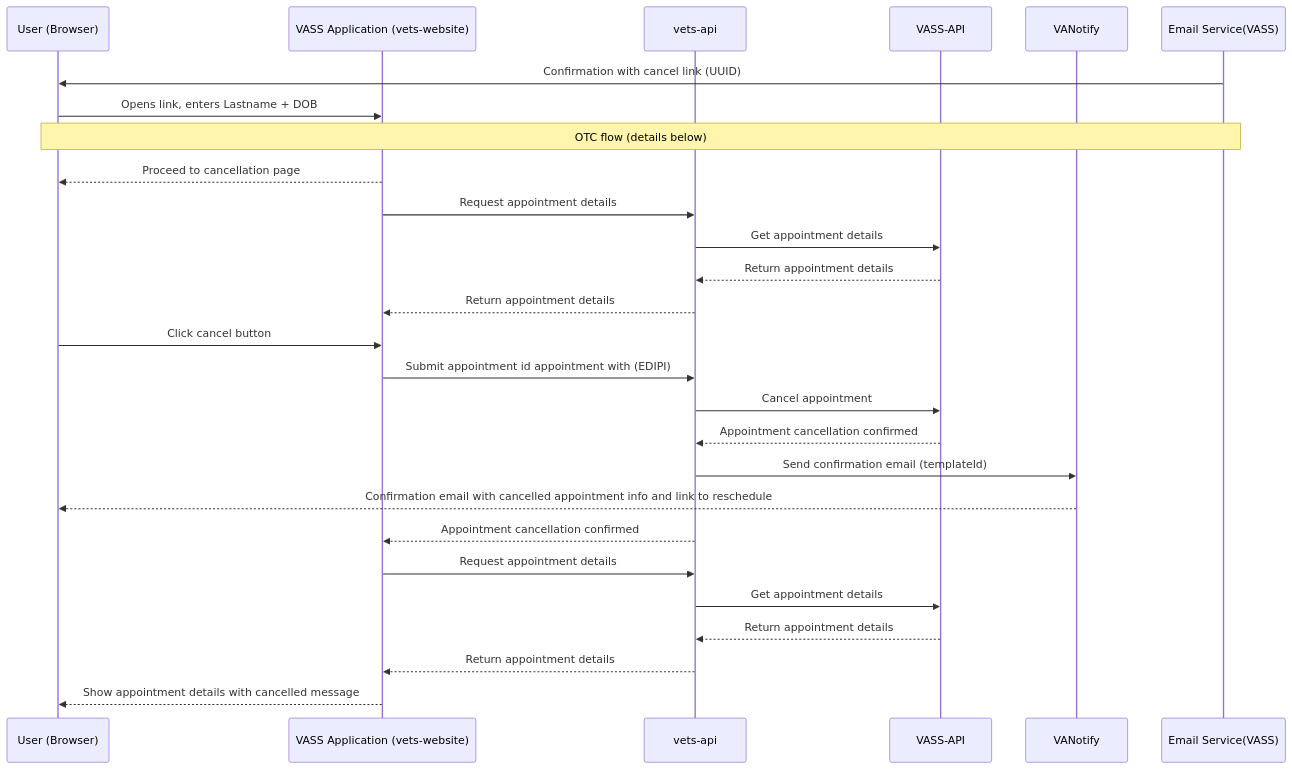
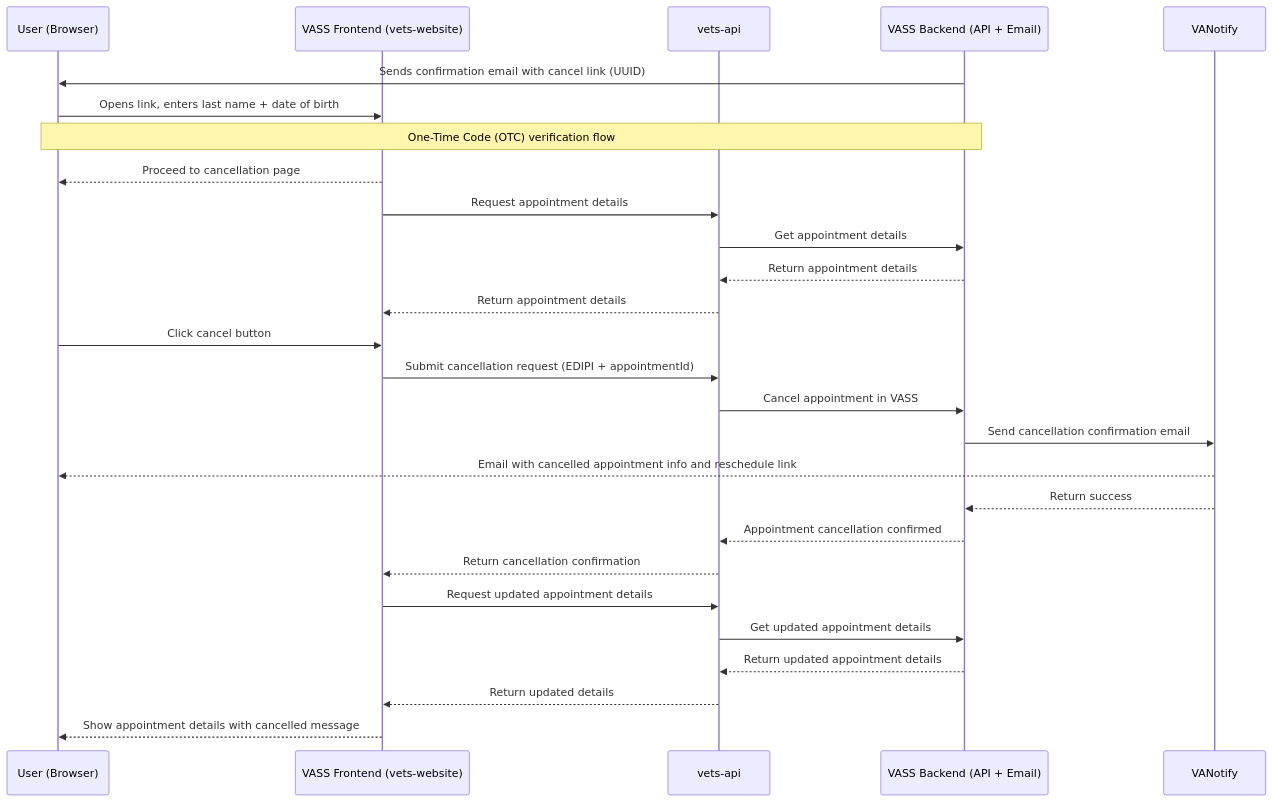
Before and after one commit to department-of-veterans-affairs/va.gov-team: the second of 3 diagrams in products/health-care/appointments/va-online-scheduling/initiatives/solid-start-scheduling/engineering/sequence-diagrams/otc-flow.md, drawn with Mermaid. The commit also changed other lines of this file, not shown here.

````diff
--- a/products/health-care/appointments/va-online-scheduling/initiatives/solid-start-scheduling/engineering/sequence-diagrams/otc-flow.md
+++ b/products/health-care/appointments/va-online-scheduling/initiatives/solid-start-scheduling/engineering/sequence-diagrams/otc-flow.md
@@ -48,39 +49,41 @@
 ``` mermaid
 sequenceDiagram
-    participant U as User (Browser)
-    participant F as VASS Application (vets-website)
-    participant V as vets-api
-    participant S as VASS-API
-    participant N as VANotify
-    participant E as Email Service(VASS)
+    participant user as User (Browser)
+    participant vetsWebsite as VASS Frontend (vets-website)
+    participant vetsApi as vets-api
+    participant vassBackend as VASS Backend (API + Email)
+    participant vaNotify as VANotify
 
     %% Step 1: Confirmation Email
-    E->>U: Confirmation with cancel link (UUID)
+    vassBackend->>user: Sends confirmation email with cancel link (UUID)
 
     %% Step 2: User validates identity
-    U->>F: Opens link, enters Lastname + DOB
-    Note over U,E: OTC flow (details below)
-    F-->>U: Proceed to cancellation page
+    user->>vetsWebsite: Opens link, enters last name + date of birth
+    Note over user,vassBackend: One-Time Code (OTC) verification flow
+    vetsWebsite-->>user: Proceed to cancellation page
 
-    %% Step 4: Cancellation Flow
-    F->>V: Request appointment details
-    V->>S: Get appointment details
-    S-->>V: Return appointment details
-    V-->>F: Return appointment details
-    U->>F: Click cancel button
+    %% Step 3: Retrieve appointment details
+    vetsWebsite->>vetsApi: Request appointment details
+    vetsApi->>vassBackend: Get appointment details
+    vassBackend-->>vetsApi: Return appointment details
+    vetsApi-->>vetsWebsite: Return appointment details
+    user->>vetsWebsite: Click cancel button
 
-    %% Step 5: Confirm Cancelled Appointment
-    F->>V: Submit appointment id appointment with (EDIPI)
-    V->>S: Cancel appointment
-    S-->>V: Appointment cancellation confirmed
-    V->>N: Send confirmation email (templateId)
-    N-->>U: Confirmation email with cancelled appointment info and link to reschedule
-    V-->>F: Appointment cancellation confirmed
+    %% Step 4: Cancel appointment
+    vetsWebsite->>vetsApi: Submit cancellation request (EDIPI + appointmentId)
+    vetsApi->>vassBackend: Cancel appointment in VASS
+    
+    vassBackend->>vaNotify: Send cancellation confirmation email
+    vaNotify-->>user: Email with cancelled appointment info and reschedule link
+    vaNotify-->>vassBackend: Return success
+    vassBackend-->>vetsApi: Appointment cancellation confirmed
+    vetsApi-->>vetsWebsite: Return cancellation confirmation
 
-    %% Step 5: If cancel is successful request appointment details again
-    F->>V: Request appointment details
-    V->>S: Get appointment details
-    S-->>V: Return appointment details
-    V-->>F: Return appointment details 
-    F-->>U: Show appointment details with cancelled message
+    %% Step 5: Refresh appointment details
+    vetsWebsite->>vetsApi: Request updated appointment details
+    vetsApi->>vassBackend: Get updated appointment details
+    vassBackend-->>vetsApi: Return updated appointment details
+    vetsApi-->>vetsWebsite: Return updated details
+    vetsWebsite-->>user: Show appointment details with cancelled message
+
 ```
````
